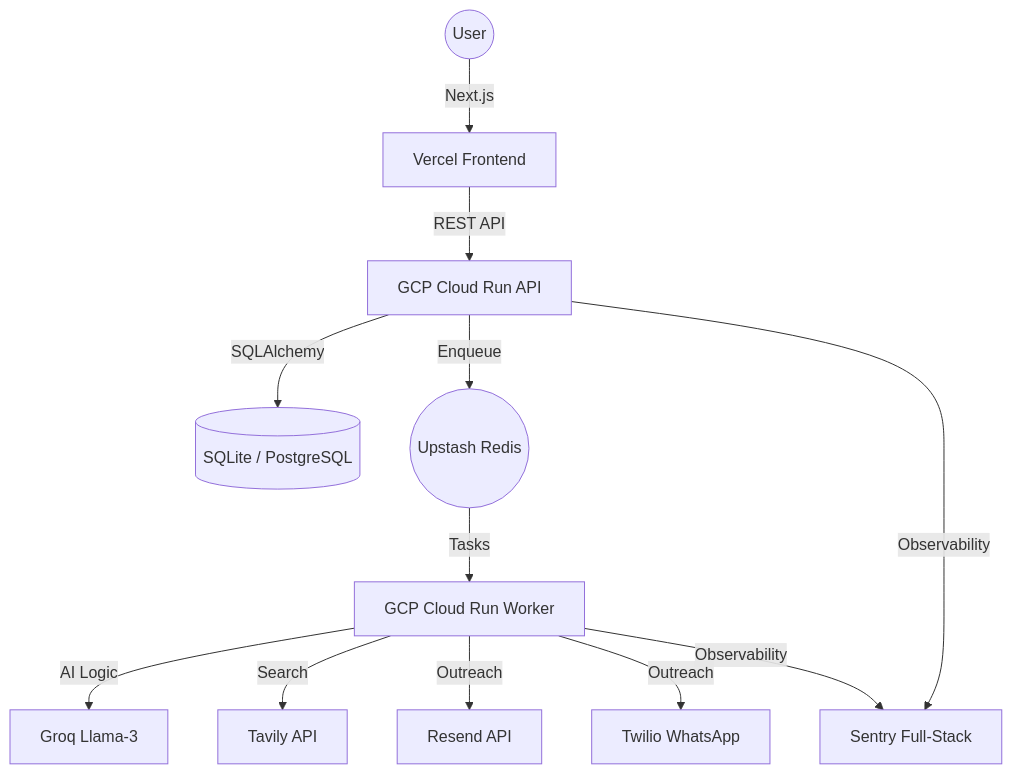
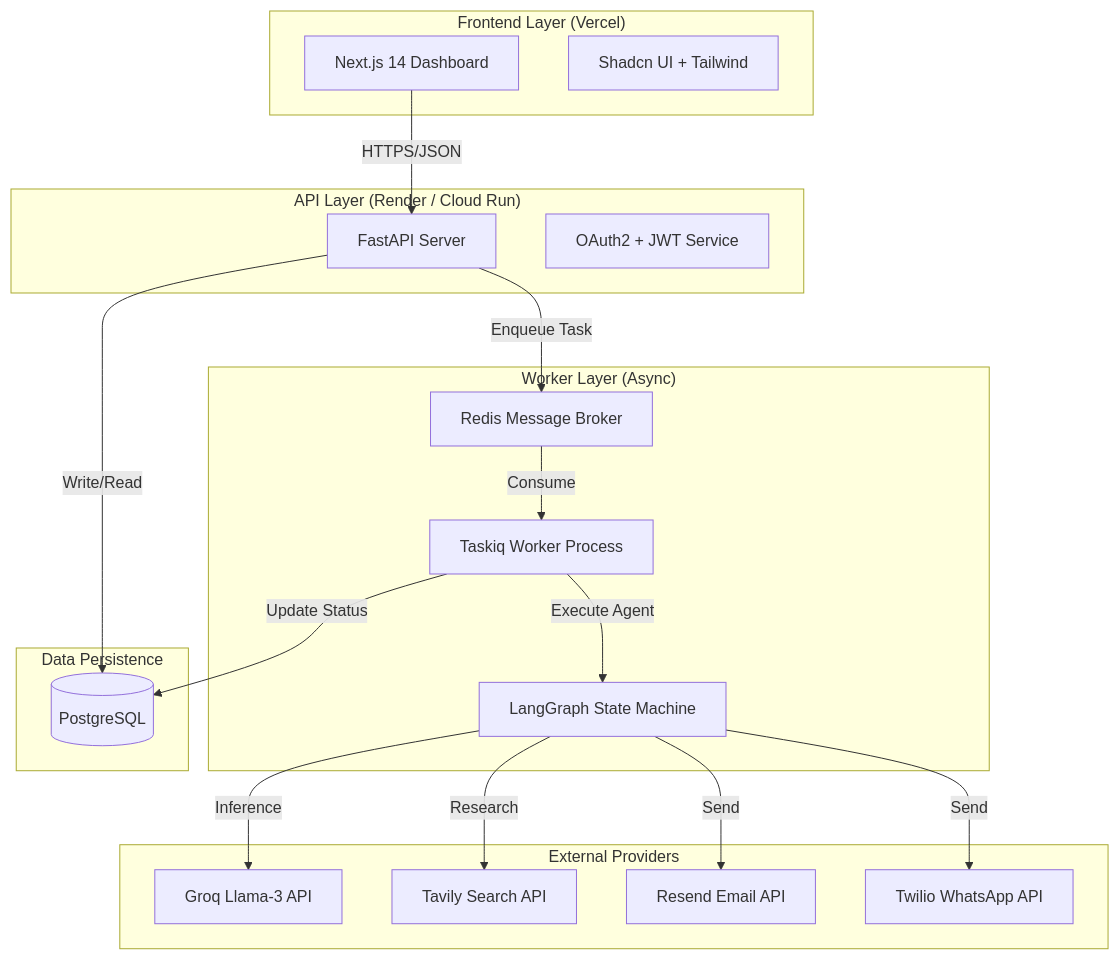
Before and after one commit to Aisenh037/FollowUpAI: the diagram in README.md, drawn with Mermaid. The commit also changed other lines of this file, not shown here.

````diff
--- a/README.md
+++ b/README.md
@@ -8,13 +44,40 @@
 ```mermaid
 graph TD
-    User((User)) -->|Next.js| Frontend[Vercel Frontend]
-    Frontend -->|REST API| Backend[GCP Cloud Run API]
-    Backend -->|SQLAlchemy| DB[(SQLite / PostgreSQL)]
-    Backend -->|Enqueue| Redis((Upstash Redis))
-    Redis -->|Tasks| Worker[GCP Cloud Run Worker]
-    Worker -->|AI Logic| LLM[Groq Llama-3]
-    Worker -->|Search| Search[Tavily API]
-    Worker -->|Outreach| Email[Resend API]
-    Worker -->|Outreach| WA[Twilio WhatsApp]
-    Backend & Worker -->|Observability| Sentry[Sentry Full-Stack]
+    subgraph "Frontend Layer (Vercel)"
+        Web[Next.js 14 Dashboard]
+        Components[Shadcn UI + Tailwind]
+    end
+
+    subgraph "API Layer (Render / Cloud Run)"
+        API[FastAPI Server]
+        Auth[OAuth2 + JWT Service]
+    end
+
+    subgraph "Worker Layer (Async)"
+        Broker[Redis Message Broker]
+        Worker[Taskiq Worker Process]
+        LangGraph[LangGraph State Machine]
+    end
+
+    subgraph "Data Persistence"
+        DB[(PostgreSQL)]
+    end
+
+    subgraph "External Providers"
+        Groq[Groq Llama-3 API]
+        Tavily[Tavily Search API]
+        Resend[Resend Email API]
+        Twilio[Twilio WhatsApp API]
+    end
+
+    Web -->|HTTPS/JSON| API
+    API -->|Write/Read| DB
+    API -->|Enqueue Task| Broker
+    Broker -->|Consume| Worker
+    Worker -->|Execute Agent| LangGraph
+    LangGraph -->|Inference| Groq
+    LangGraph -->|Research| Tavily
+    LangGraph -->|Send| Resend
+    LangGraph -->|Send| Twilio
+    Worker -->|Update Status| DB
 ```
````
